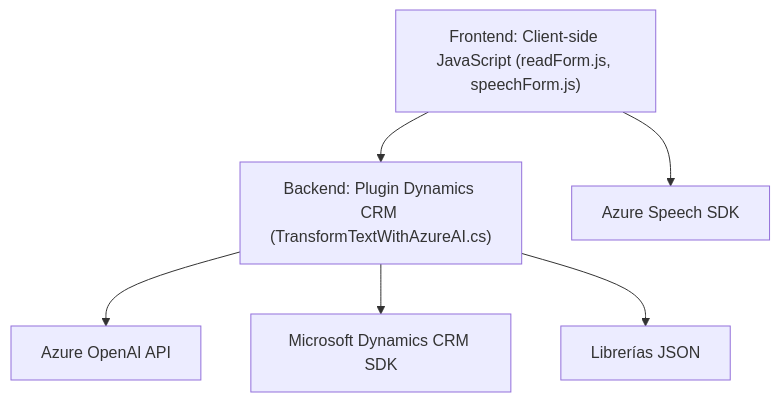
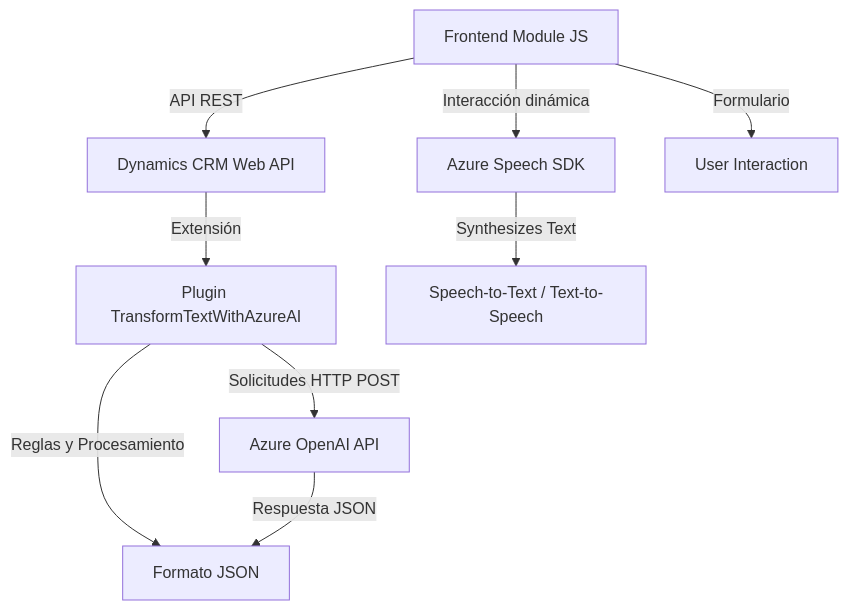
The diagram in README.md (blopezdm/NETCORE_BILBAO2025), drawn with Mermaid before and after one commit. The commit also changed other lines of this file, not shown here.

````diff
--- a/README.md
+++ b/README.md
@@ -73,15 +33,12 @@
 ```mermaid
 graph TD
-    A["Frontend: Client-side JavaScript (readForm.js, speechForm.js)"]
-    B["Backend: Plugin Dynamics CRM (TransformTextWithAzureAI.cs)"]
-    C["Azure Speech SDK"]
-    D["Azure OpenAI API"]
-    E["Microsoft Dynamics CRM SDK"]
-    F["Librerías JSON"]
+  A["Frontend Module JS"] -->|Interacción dinámica| B["Azure Speech SDK"]
+  A -->|API REST| C["Dynamics CRM Web API"]
+  C -->|Extensión| D["Plugin TransformTextWithAzureAI"]
+  D -->|Solicitudes HTTP POST| E["Azure OpenAI API"]
 
-    A --> C
-    A --> B
-    B --> D
-    B --> E
-    B --> F
+  A -->|Formulario| F["User Interaction"]
+  B -->|Synthesizes Text| G["Speech-to-Text / Text-to-Speech"]
+  D -->|Reglas y Procesamiento| H["Formato JSON"]
+  E -->|Respuesta JSON| H
 ```
````
